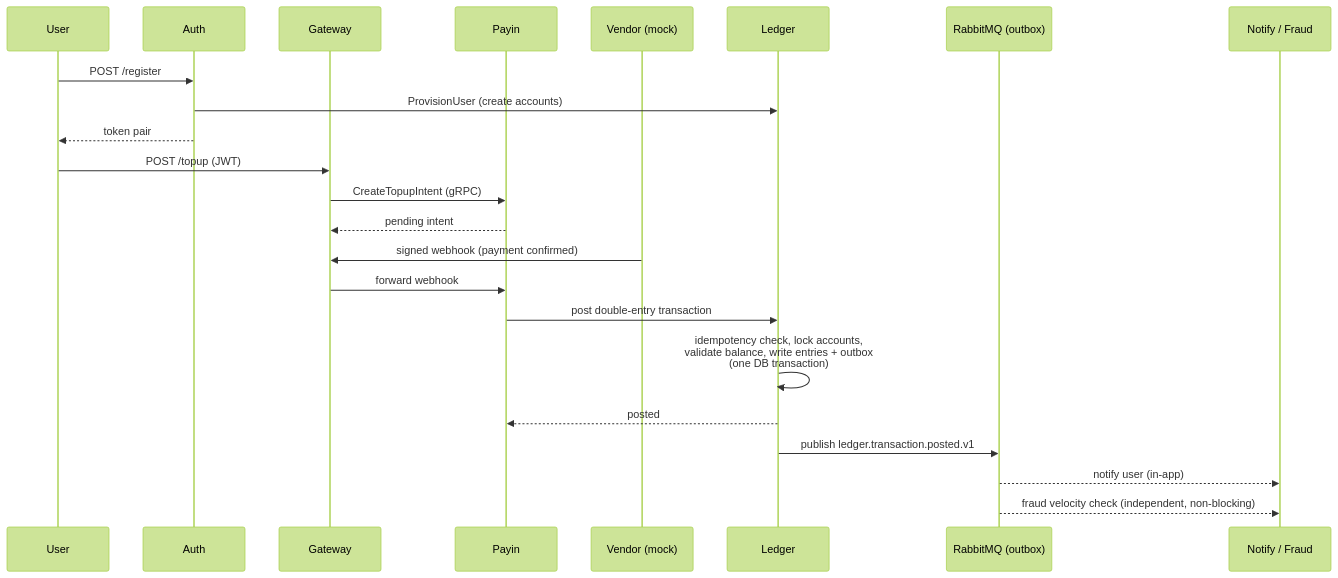
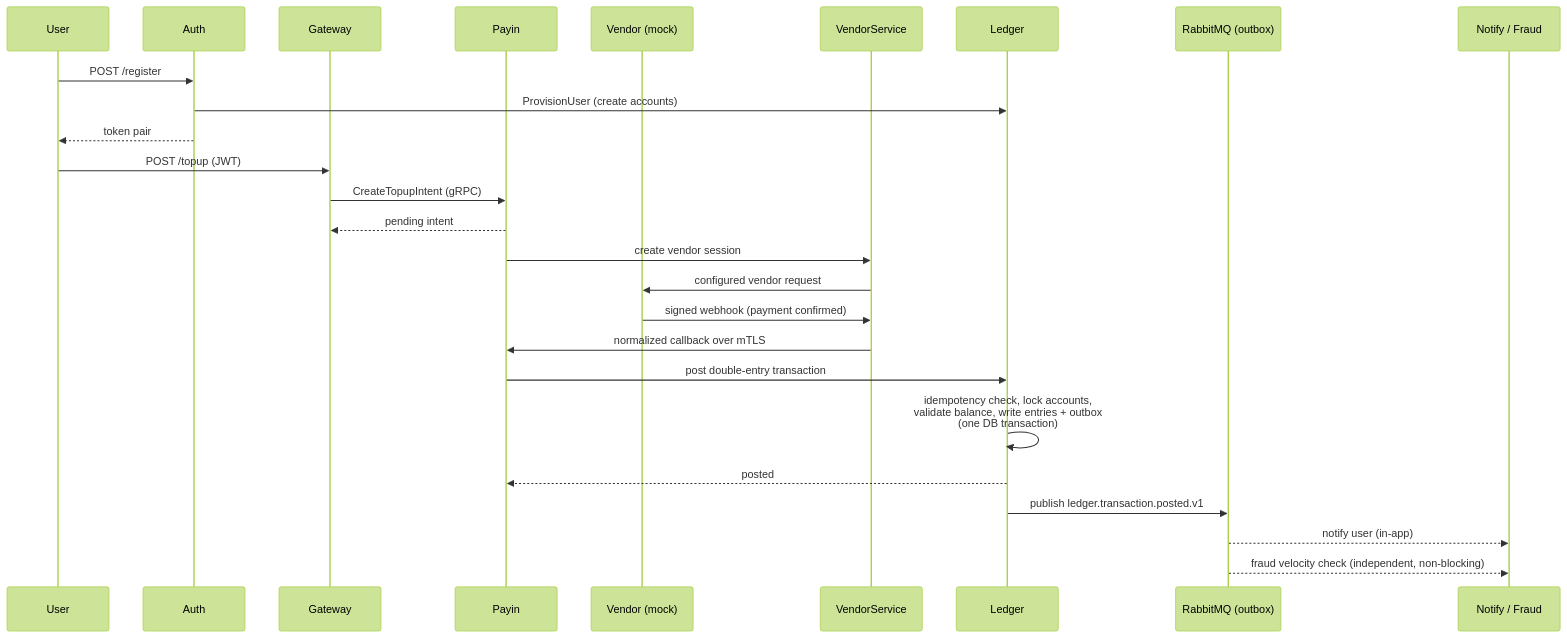
One commit to herdifirdausss/seev changed the second of 2 diagrams in docs/reference/architecture.md. Above: the diagram before and after it, drawn with Mermaid (forest theme). The commit also changed other lines of this file and 234 other files, not shown here.

````diff
--- a/docs/reference/architecture.md
+++ b/docs/reference/architecture.md
@@ -224,29 +230,32 @@
 ```mermaid
 sequenceDiagram
     participant U as User
     participant A as Auth
     participant G as Gateway
     participant P as Payin
     participant V as Vendor (mock)
+    participant VS as VendorService
     participant L as Ledger
     participant Q as RabbitMQ (outbox)
     participant N as Notify / Fraud
 
     U->>A: POST /register
     A->>L: ProvisionUser (create accounts)
     A-->>U: token pair
 
     U->>G: POST /topup (JWT)
     G->>P: CreateTopupIntent (gRPC)
     P-->>G: pending intent
 
-    V->>G: signed webhook (payment confirmed)
-    G->>P: forward webhook
+    P->>VS: create vendor session
+    VS->>V: configured vendor request
+    V->>VS: signed webhook (payment confirmed)
+    VS->>P: normalized callback over mTLS
     P->>L: post double-entry transaction
     L->>L: idempotency check, lock accounts,<br/>validate balance, write entries + outbox<br/>(one DB transaction)
     L-->>P: posted
 
     L->>Q: publish ledger.transaction.posted.v1
     Q-->>N: notify user (in-app)
     Q-->>N: fraud velocity check (independent, non-blocking)
 ```
````
